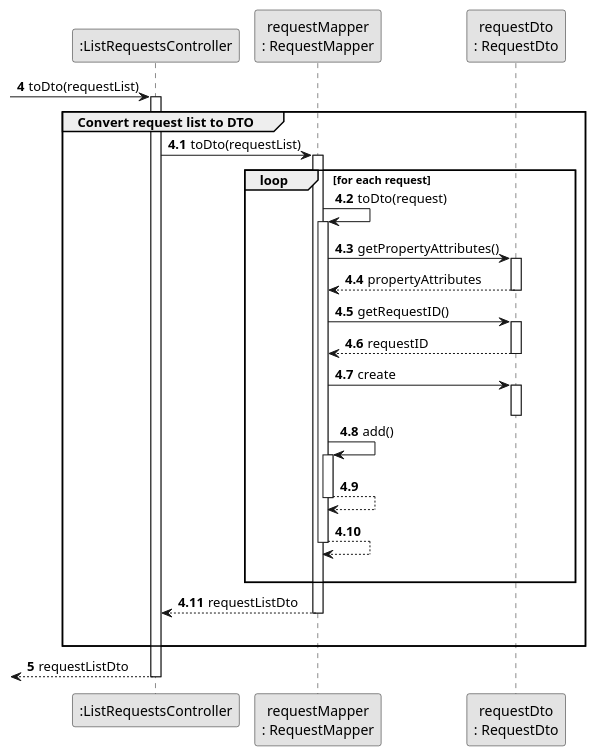
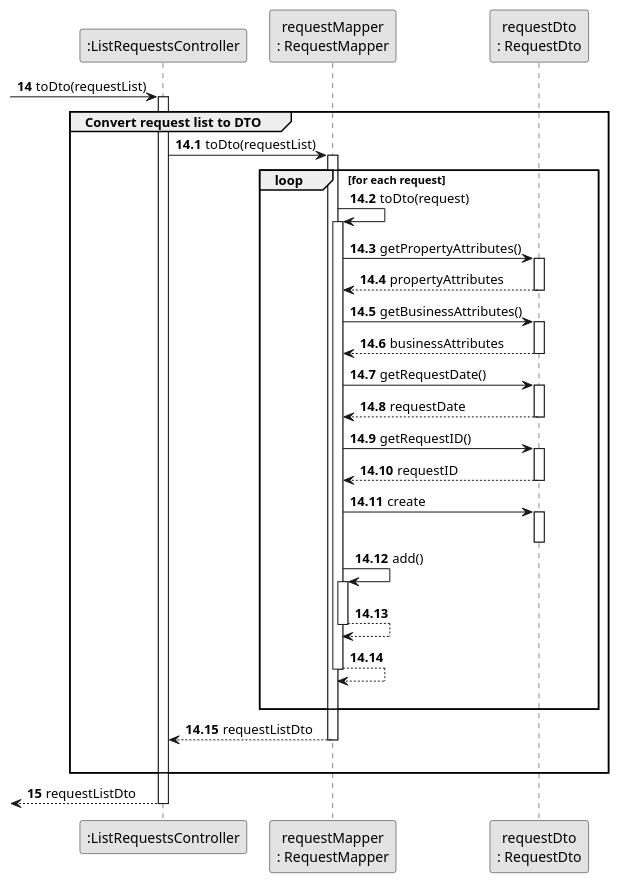
The diagram in docs/sprintC/us008/03.design/puml/us008-sequence-diagram-partial-convert-request-list-to-DTO.puml (rita-barbosa/LAPR2-2223), drawn with PlantUML before and after one commit. The commit also changed 13 other files, not shown here.

```diff
--- a/docs/sprintC/us008/03.design/puml/us008-sequence-diagram-partial-convert-request-list-to-DTO.puml
+++ b/docs/sprintC/us008/03.design/puml/us008-sequence-diagram-partial-convert-request-list-to-DTO.puml
@@ -1,62 +1,74 @@
 @startuml
 skinparam monochrome true
 skinparam packageStyle rectangle
 skinparam shadowing false
 
 
 participant ":ListRequestsController" as CTRL
 participant "requestMapper\n: RequestMapper" as ReqMapper
 participant "requestDto\n: RequestDto" as ReqDto
 
-autonumber 4
+autonumber 14
     -> CTRL: toDto(requestList)
     activate CTRL
 
 group Convert request list to DTO
 
-autonumber 4.1
+autonumber 14.1
     CTRL -> ReqMapper : toDto(requestList)
     activate ReqMapper
 
     loop for each request
     ReqMapper -> ReqMapper : toDto(request)
     activate ReqMapper
 
     ReqMapper -> ReqDto : getPropertyAttributes()
     activate ReqDto
 
     ReqDto --> ReqMapper : propertyAttributes
     deactivate ReqDto
+
+    ReqMapper -> ReqDto : getBusinessAttributes()
+    activate ReqDto
+
+    ReqDto --> ReqMapper : businessAttributes
+    deactivate ReqDto
+
+    ReqMapper -> ReqDto : getRequestDate()
+        activate ReqDto
+
+        ReqDto --> ReqMapper : requestDate
+        deactivate ReqDto
 
     ReqMapper -> ReqDto : getRequestID()
     activate ReqDto
 
     ReqDto --> ReqMapper : requestID
     deactivate ReqDto
 
     ReqMapper -> ReqDto : create
     activate ReqDto
     deactivate ReqDto
 
     ReqMapper -> ReqMapper : add()
     activate ReqMapper
 
     ReqMapper --> ReqMapper :
     deactivate ReqMapper
 
     ReqMapper --> ReqMapper :
     deactivate ReqMapper
     |||
     end
 
     ReqMapper --> CTRL : requestListDto
     deactivate ReqMapper
     |||
 
 end group
-autonumber 5
+autonumber 15
      <-- CTRL: requestListDto
      deactivate CTRL
 
 
 @enduml
```
